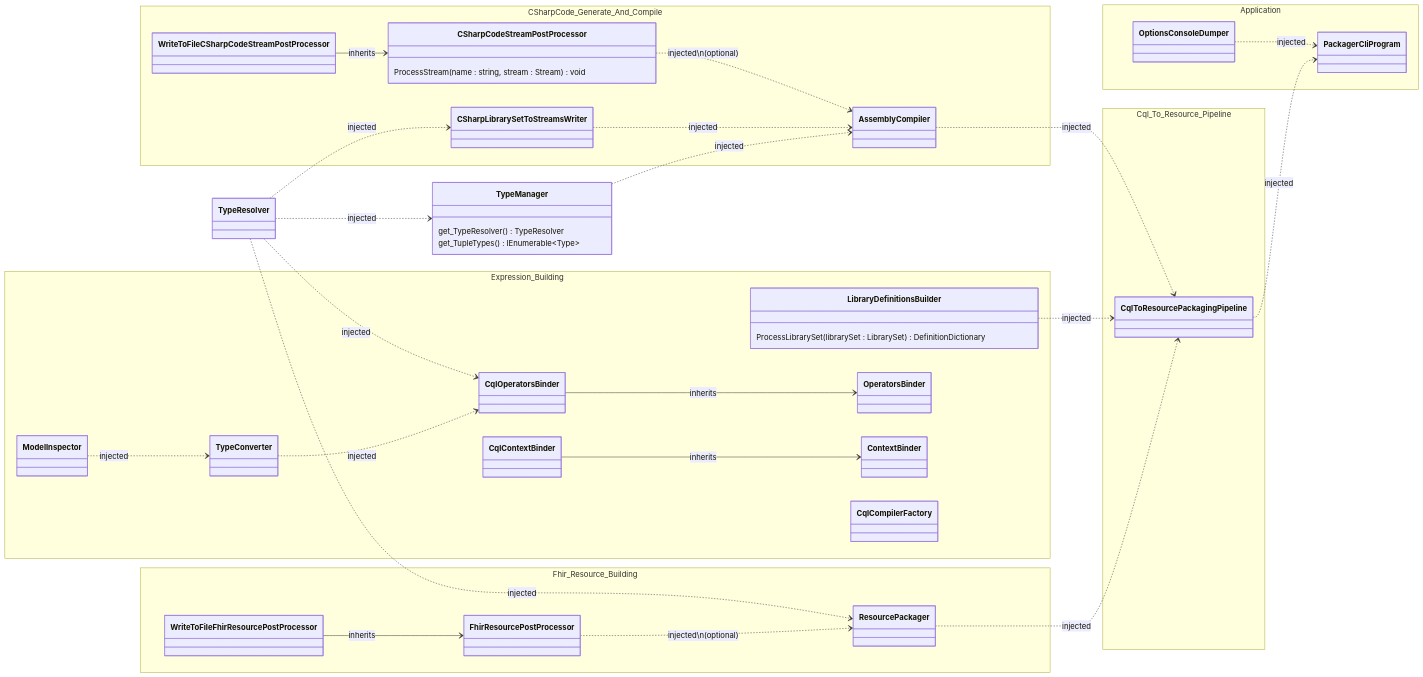
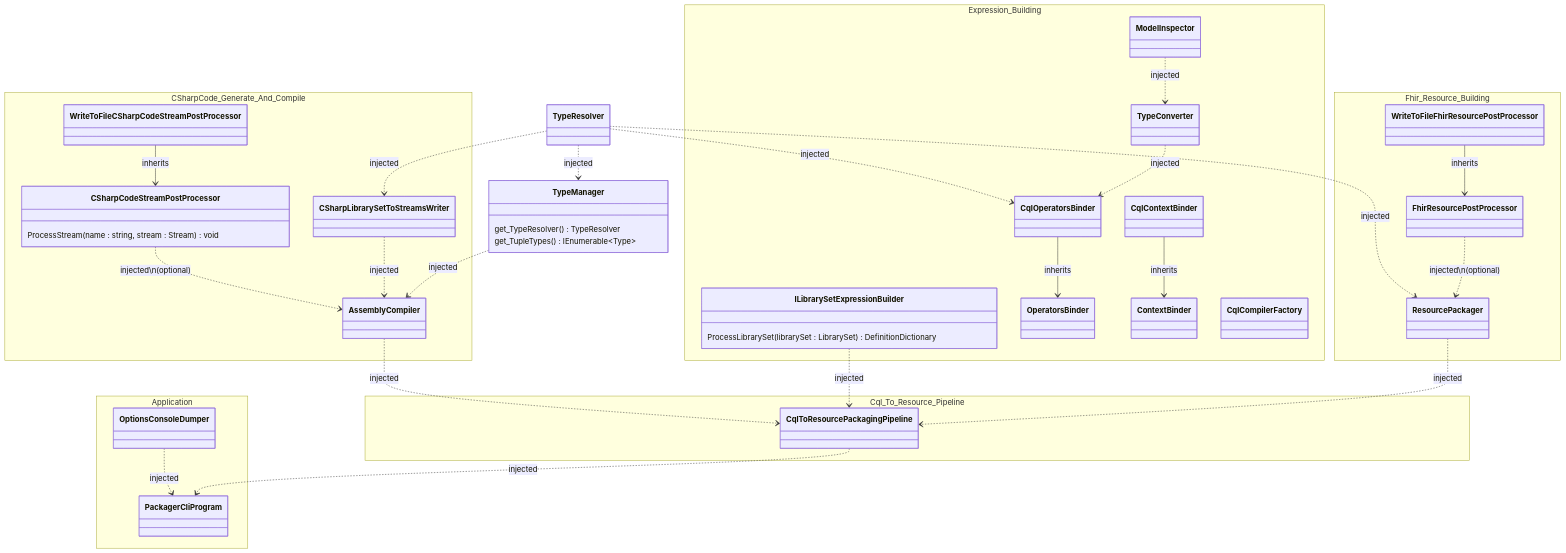
Before and after one commit to FirelyTeam/firely-cql-sdk: the first of 2 diagrams in docs/packager-cli-dependency-graph.md, drawn with Mermaid. The commit also changed other lines of this file and 27 other files, not shown here.

Commit message:
No need for LibraryDefinitionsBuilder anymore

````diff
--- a/docs/packager-cli-dependency-graph.md
+++ b/docs/packager-cli-dependency-graph.md
@@ -6,6 +6,6 @@
 ```mermaid
 classDiagram
-    direction LR
+    direction TB
 
     %% HACK: Mermaid doesnt support commas withing generic, so use a similar looking character (﹐)
 
@@ -26,7 +26,7 @@
     }
 
     namespace Expression_Building {
-        class LibraryDefinitionsBuilder {
+        class ILibrarySetExpressionBuilder {
             ProcessLibrarySet(librarySet : LibrarySet) DefinitionDictionary<LambdaExpression>
         }
 
@@ -103,7 +103,7 @@
     TypeManager ..> AssemblyCompiler : injected
     
     AssemblyCompiler ..> CqlToResourcePackagingPipeline : injected
-    LibraryDefinitionsBuilder ..> CqlToResourcePackagingPipeline : injected
+    ILibrarySetExpressionBuilder ..> CqlToResourcePackagingPipeline : injected
     ResourcePackager ..> CqlToResourcePackagingPipeline : injected 
     
     OptionsConsoleDumper ..> PackagerCliProgram : injected 
````
